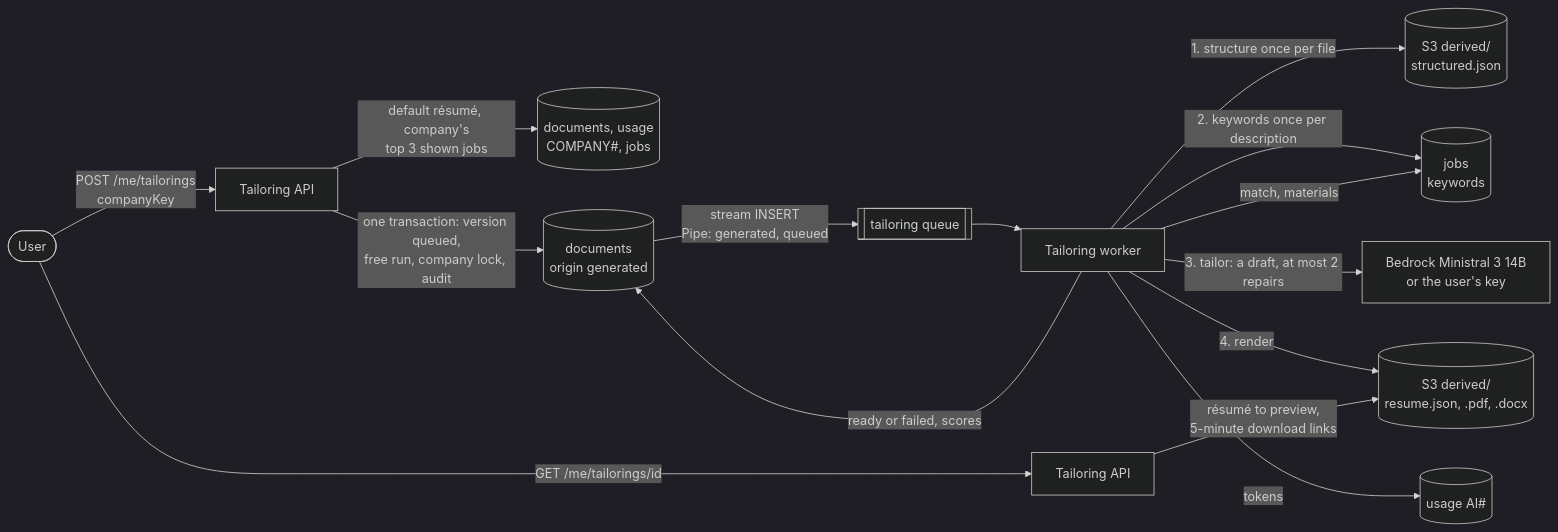
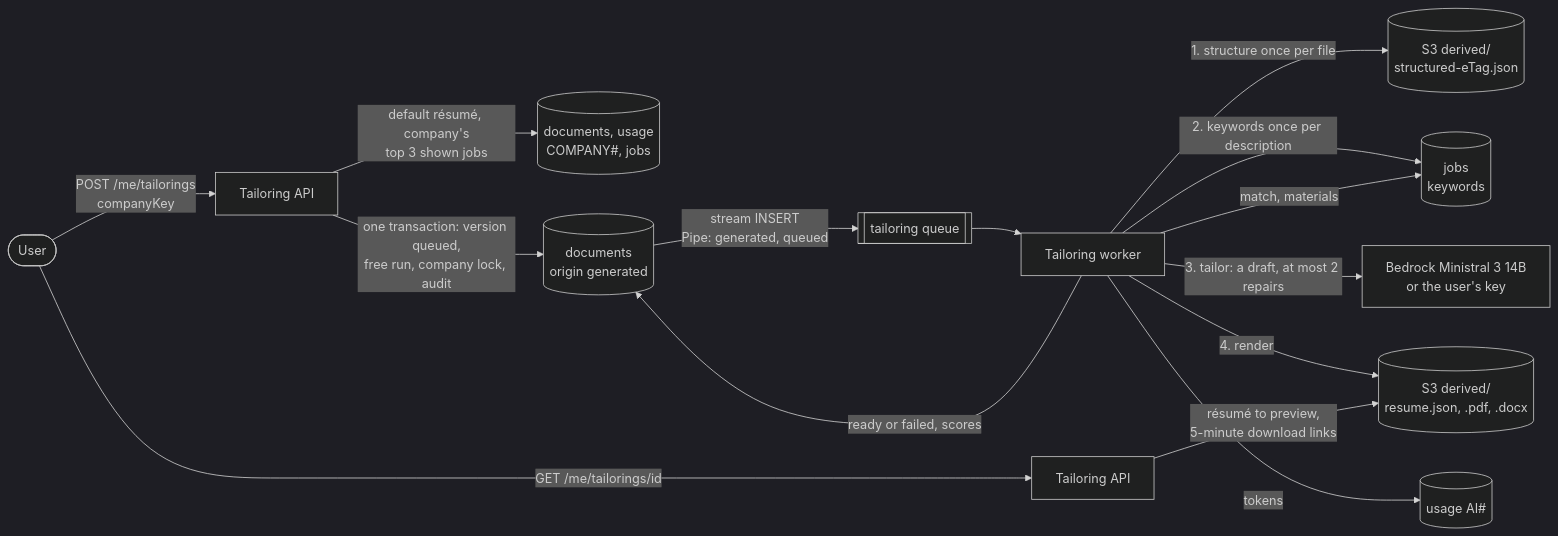
The first of 3 diagrams in docs/flows/tailoring.md (jobdeputy/jobdeputy), drawn with Mermaid (dark theme) before and after one commit. The commit also changed other lines of this file and 16 other files, not shown here.

First line of the commit message:
Review round 2 fixes: per-file structured copies, duplicates never end a run, stages (#51)

````diff
--- a/docs/flows/tailoring.md
+++ b/docs/flows/tailoring.md
@@ -10,16 +10,16 @@
 ```mermaid
 flowchart LR
   U([User]) -->|POST /me/tailorings<br/>companyKey| API[Tailoring API]
   API -->|default résumé, company's<br/>top 3 shown jobs| R[(documents, usage<br/>COMPANY#, jobs)]
   API -->|one transaction: version queued,<br/>free run, company lock, audit| D[(documents<br/>origin generated)]
   D -->|stream INSERT<br/>Pipe: generated, queued| Q[[tailoring queue]]
   Q --> W[Tailoring worker]
-  W -->|1. structure once per file| S3[(S3 derived/<br/>structured.json)]
+  W -->|1. structure once per file| S3[(S3 derived/<br/>structured-eTag.json)]
   W -->|2. keywords once per description| J[(jobs<br/>keywords)]
   W -->|3. tailor: a draft, at most 2 repairs| M[Bedrock Ministral 3 14B<br/>or the user's key]
   W -->|4. render| F[(S3 derived/<br/>resume.json, .pdf, .docx)]
   W -->|ready or failed, scores| D
   W -->|match, materials| J
   W -->|tokens| AI[(usage AI#)]
   U -->|GET /me/tailorings/id| API2[Tailoring API] -->|résumé to preview,<br/>5-minute download links| F
 ```
````
